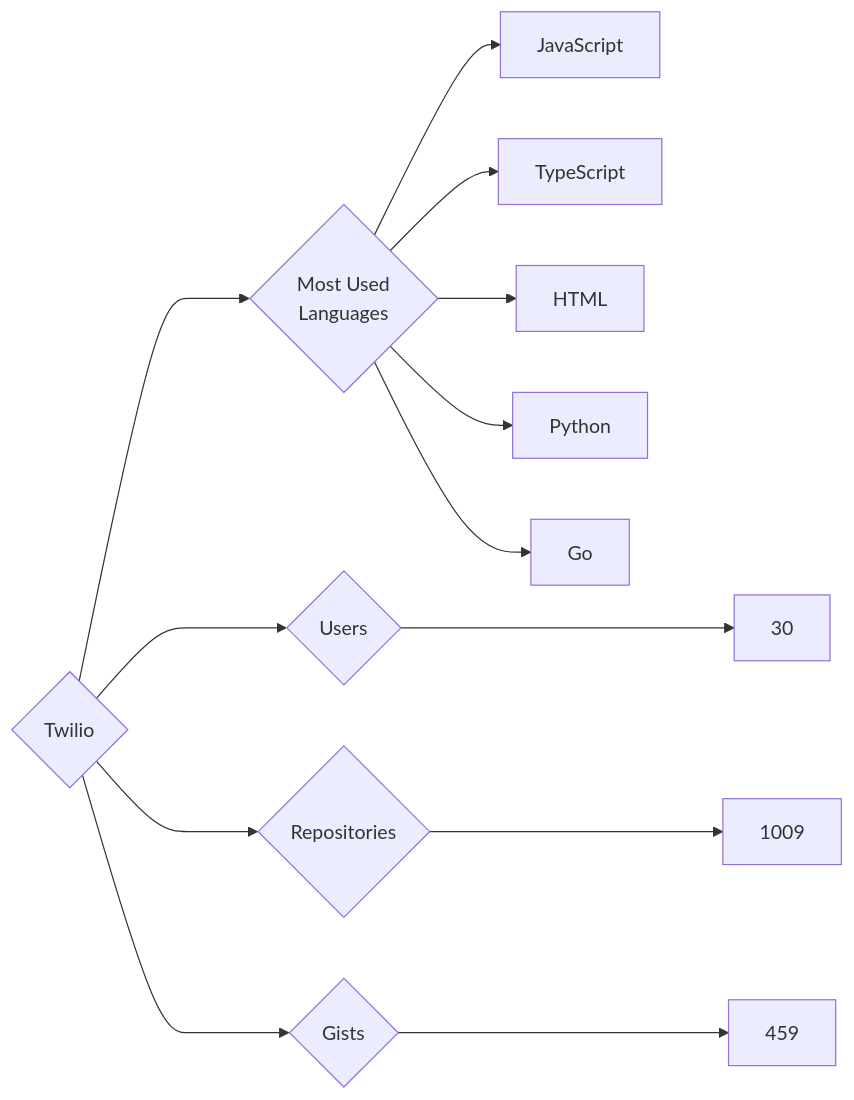
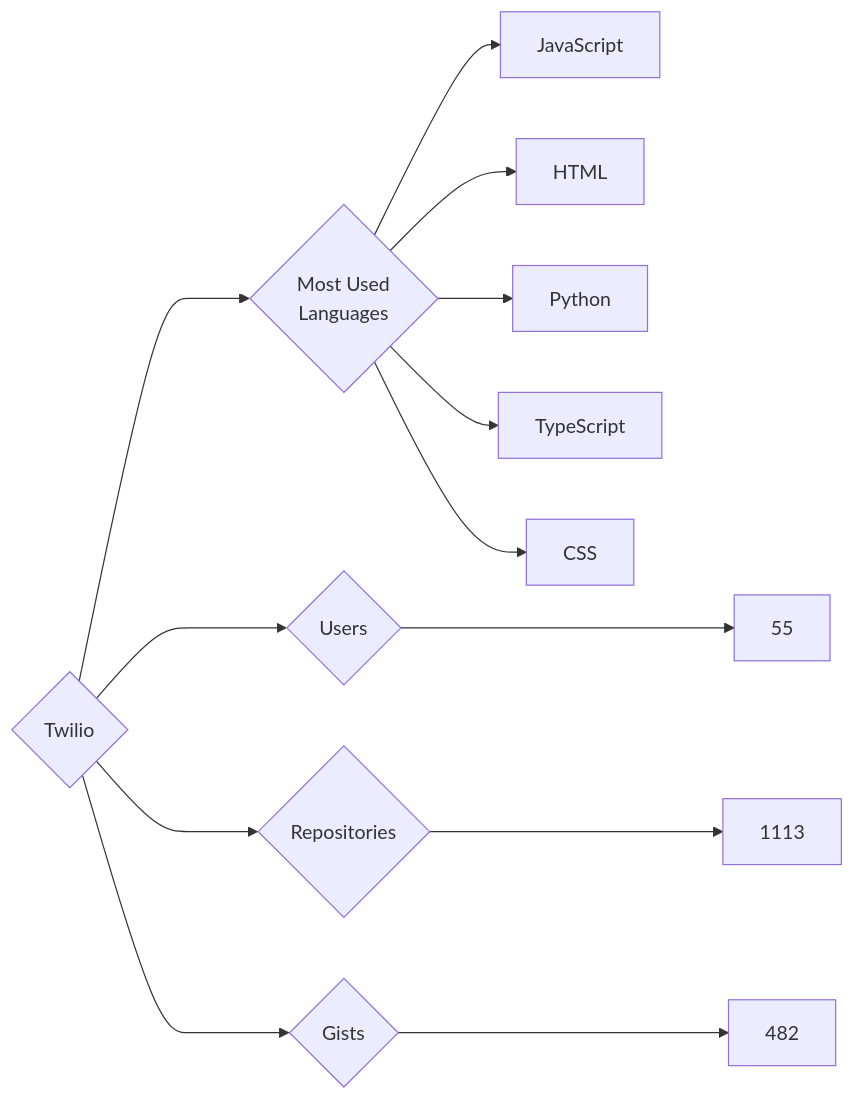
One commit to trickest/insiders changed the diagram in targets/Twilio/README.md. Above: the diagram before and after it, drawn with Mermaid. The commit also changed 794 other files, not shown here.

````diff
--- a/targets/Twilio/README.md
+++ b/targets/Twilio/README.md
@@ -3,13 +3,13 @@
 ```mermaid
 graph LR
 COMPANY_NAME{Twilio}
-COMPANY_NAME ---> U{Users} ---> UN[30]
-COMPANY_NAME ---> R{Repositories} ---> RN[1009]
-COMPANY_NAME ---> G{Gists} ---> GN[459]
+COMPANY_NAME ---> U{Users} ---> UN[55]
+COMPANY_NAME ---> R{Repositories} ---> RN[1113]
+COMPANY_NAME ---> G{Gists} ---> GN[482]
 COMPANY_NAME ---> ML{Most Used<br>Languages}
 ML --> JavaScript[JavaScript]
-ML --> TypeScript[TypeScript]
 ML --> HTML[HTML]
 ML --> Python[Python]
-ML --> Go[Go]
+ML --> TypeScript[TypeScript]
+ML --> CSS[CSS]
 ```
````
